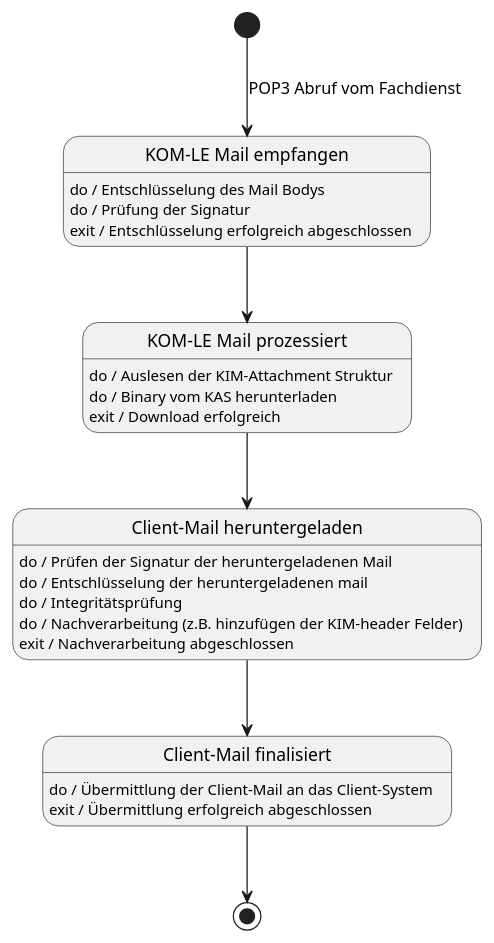
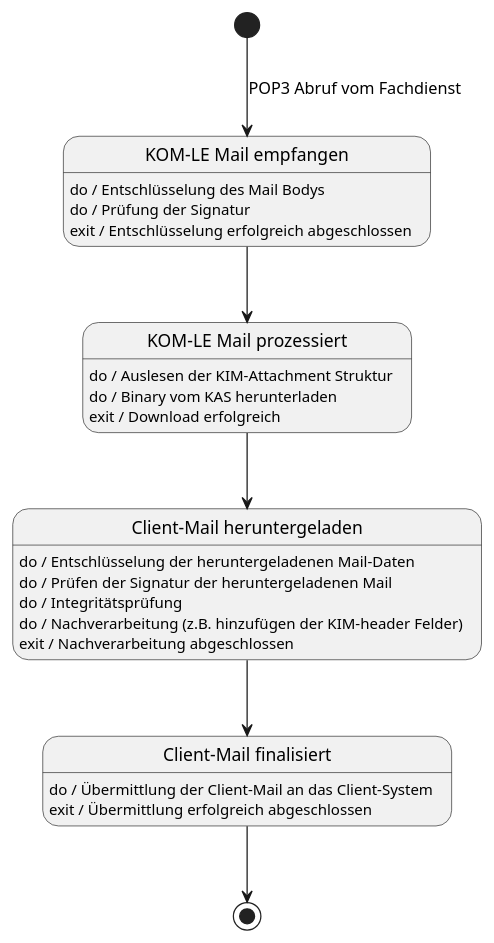
One commit to gematik/api-kim changed the diagram in src/plantuml/eMail_status_empfangen.puml. Above: the diagram before and after it, drawn with PlantUML.

```diff
--- a/src/plantuml/eMail_status_empfangen.puml
+++ b/src/plantuml/eMail_status_empfangen.puml
@@ -1,31 +1,31 @@
 @startuml
 scale max 2048 width
 
 state "KOM-LE Mail empfangen" as rkm
 rkm: do / Entschlüsselung des Mail Bodys
 rkm: do / Prüfung der Signatur
 rkm: exit / Entschlüsselung erfolgreich abgeschlossen
 
 state "KOM-LE Mail prozessiert" as dkm
 dkm: do / Auslesen der KIM-Attachment Struktur
 dkm: do / Binary vom KAS herunterladen
 dkm: exit / Download erfolgreich
 
 state "Client-Mail heruntergeladen" as kdcm
+kdcm: do / Entschlüsselung der heruntergeladenen Mail-Daten
 kdcm: do / Prüfen der Signatur der heruntergeladenen Mail
-kdcm: do / Entschlüsselung der heruntergeladenen mail
 kdcm: do / Integritätsprüfung
 kdcm: do / Nachverarbeitung (z.B. hinzufügen der KIM-header Felder)
 kdcm: exit / Nachverarbeitung abgeschlossen
 
 state "Client-Mail finalisiert" as cm
 cm: do / Übermittlung der Client-Mail an das Client-System
 cm: exit / Übermittlung erfolgreich abgeschlossen
 
 [*] -d-> rkm : POP3 Abruf vom Fachdienst
 rkm -d-> dkm
 dkm -d-> kdcm
 kdcm -d-> cm
 cm -d-> [*]
 
 @enduml
```
